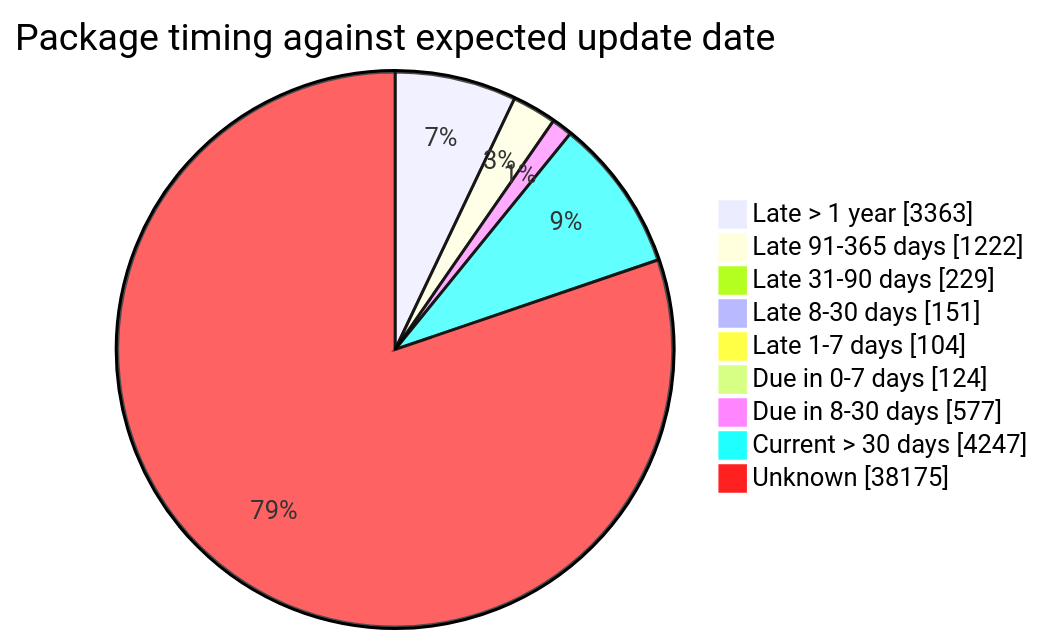
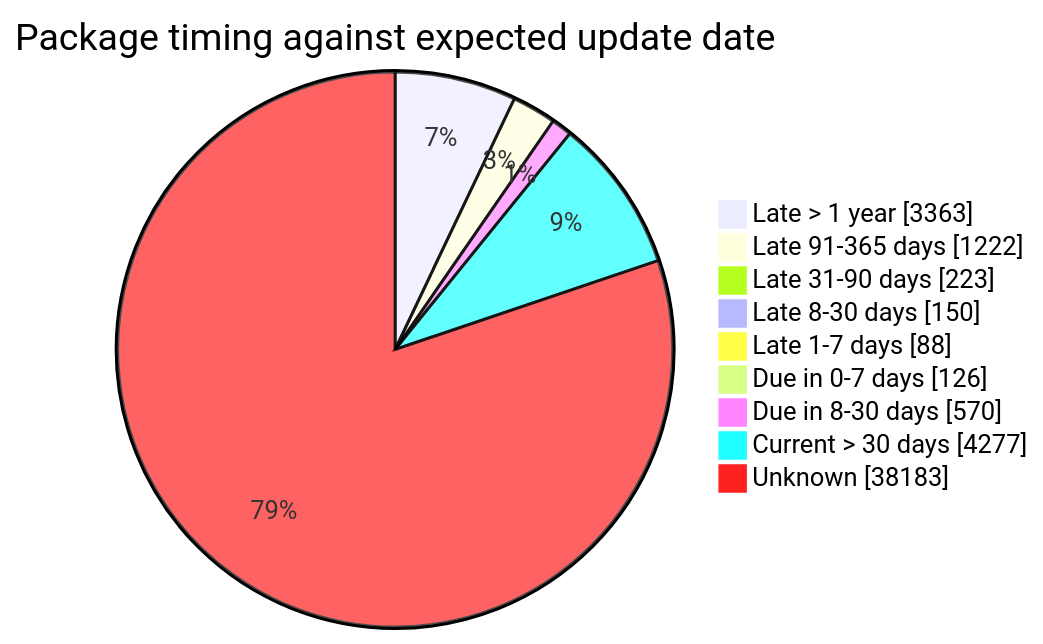
The fourth of 5 diagrams in FreshCheck/README.md (open-data/analytics-corporate-reporting), drawn with Mermaid before and after one commit. The commit also changed other lines of this file and 3 other files, not shown here.

````diff
--- a/FreshCheck/README.md
+++ b/FreshCheck/README.md
@@ -86,12 +86,12 @@
 ```mermaid
 pie showData title Package timing against expected update date
     "Late > 1 year": 3363
     "Late 91-365 days": 1222
-    "Late 31-90 days": 229
-    "Late 8-30 days": 151
-    "Late 1-7 days": 104
-    "Due in 0-7 days": 124
-    "Due in 8-30 days": 577
-    "Current > 30 days": 4247
-    "Unknown": 38175
+    "Late 31-90 days": 223
+    "Late 8-30 days": 150
+    "Late 1-7 days": 88
+    "Due in 0-7 days": 126
+    "Due in 8-30 days": 570
+    "Current > 30 days": 4277
+    "Unknown": 38183
 ```
````
